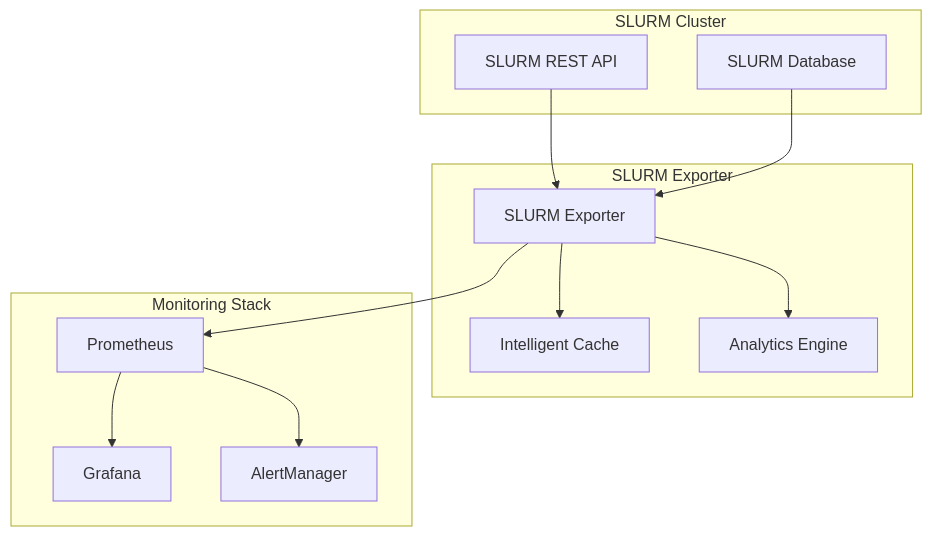
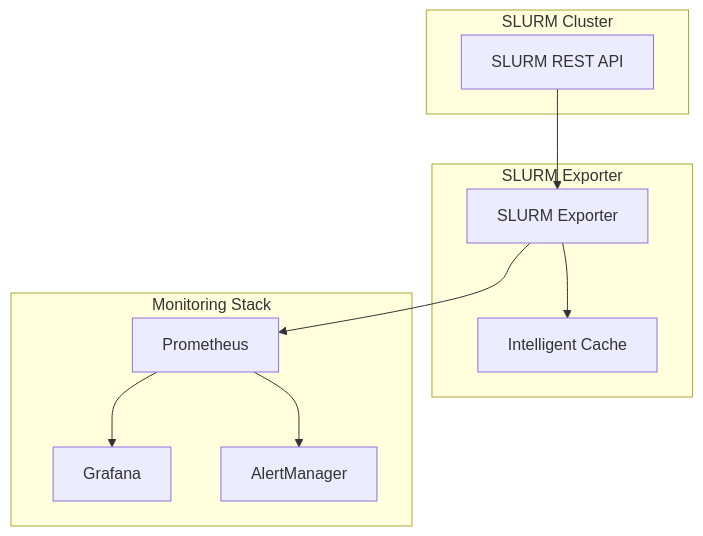
Before and after one commit to jontk/slurm-exporter: the diagram in website/docs/index.md, drawn with Mermaid. The commit also changed other lines of this file and 22 other files, not shown here.

````diff
--- a/website/docs/index.md
+++ b/website/docs/index.md
@@ -77,27 +80,23 @@
 ```mermaid
 graph TB
     subgraph "SLURM Cluster"
         SLURM[SLURM REST API]
-        SLURMDB[SLURM Database]
     end
-    
+
     subgraph "SLURM Exporter"
         SE[SLURM Exporter]
         CACHE[Intelligent Cache]
-        ANALYTICS[Analytics Engine]
     end
-    
+
     subgraph "Monitoring Stack"
         PROM[Prometheus]
         GRAF[Grafana]
         AM[AlertManager]
     end
-    
+
     SLURM --> SE
-    SLURMDB --> SE
     SE --> CACHE
-    SE --> ANALYTICS
     SE --> PROM
     PROM --> GRAF
     PROM --> AM
 ```
````
